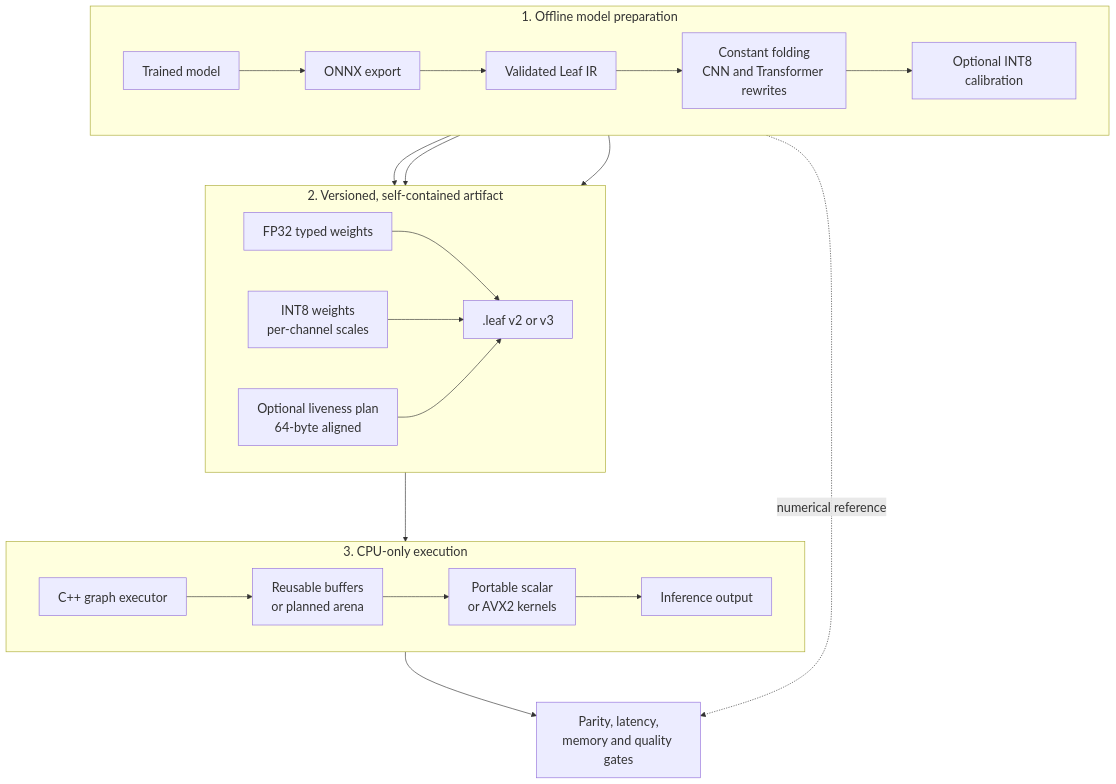
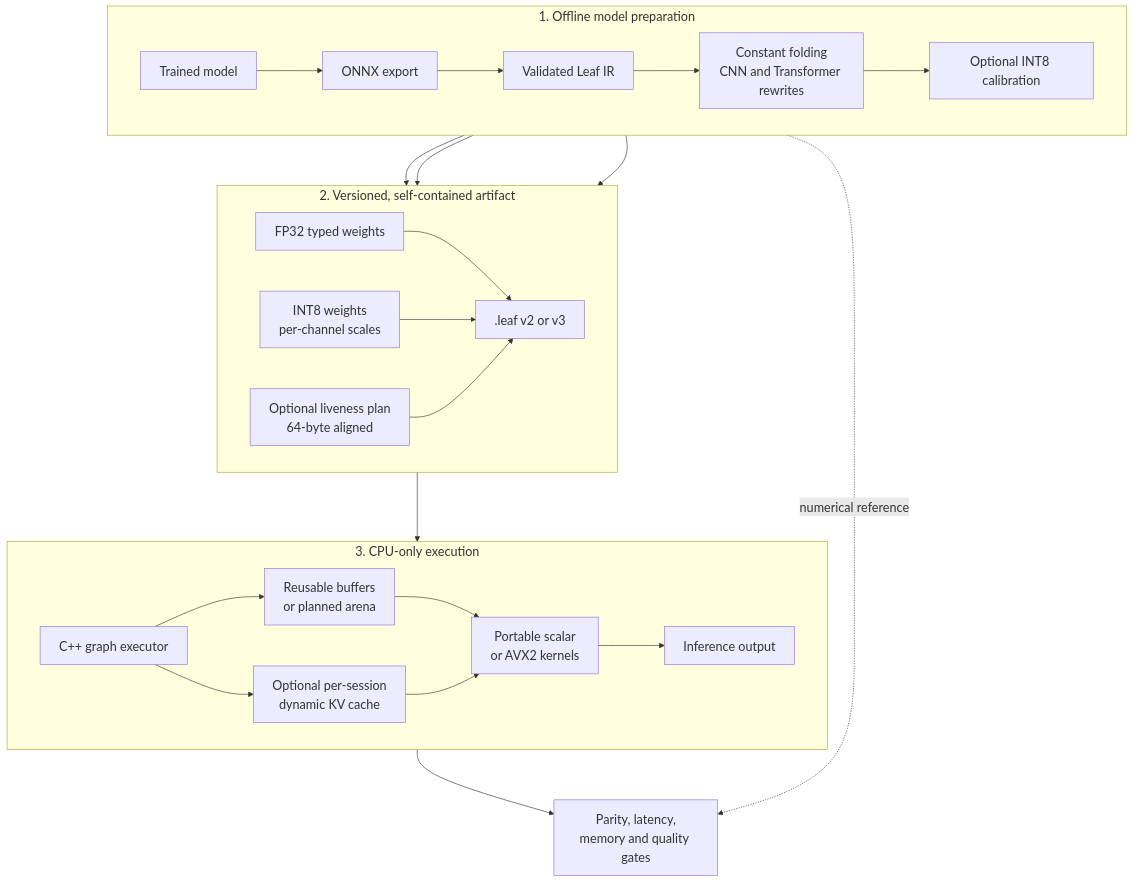
One commit to Nbit-51/Leaf changed the first of 2 diagrams in README.md. Above: the diagram before and after it, drawn with Mermaid. The commit also changed other lines of this file and 29 other files, not shown here.

Commit message:
Add RoPE, RepeatKV, and session KV cache runtime

````diff
--- a/README.md
+++ b/README.md
@@ -69,28 +72,30 @@
 ```mermaid
 %%{init: {"themeVariables": {"fontSize": "20px"}, "flowchart": {"nodeSpacing": 65, "rankSpacing": 80}}}%%
 flowchart TB
     subgraph BUILD[1. Offline model preparation]
       direction LR
       MODEL[Trained model] --> ONNX[ONNX export] --> IR[Validated Leaf IR]
       IR --> OPT[Constant folding<br/>CNN and Transformer rewrites]
       OPT --> CAL[Optional INT8 calibration]
     end
     subgraph ARTIFACT[2. Versioned, self-contained artifact]
       direction LR
       OPT --> FP[FP32 typed weights]
       CAL --> INT8[INT8 weights<br/>per-channel scales]
       FP --> FILE[.leaf v2 or v3]
       INT8 --> FILE
       PLAN[Optional liveness plan<br/>64-byte aligned] --> FILE
       OPT --> PLAN
     end
     subgraph DEPLOY[3. CPU-only execution]
       direction LR
       FILE --> EXEC[C++ graph executor]
       EXEC --> BUFFER[Reusable buffers<br/>or planned arena]
+      EXEC --> CACHE[Optional per-session<br/>dynamic KV cache]
       BUFFER --> KERNEL[Portable scalar<br/>or AVX2 kernels]
+      CACHE --> KERNEL
       KERNEL --> OUTPUT[Inference output]
     end
     MODEL -. numerical reference .-> CHECK[Parity, latency,<br/>memory and quality gates]
     OUTPUT --> CHECK
 ```
````
